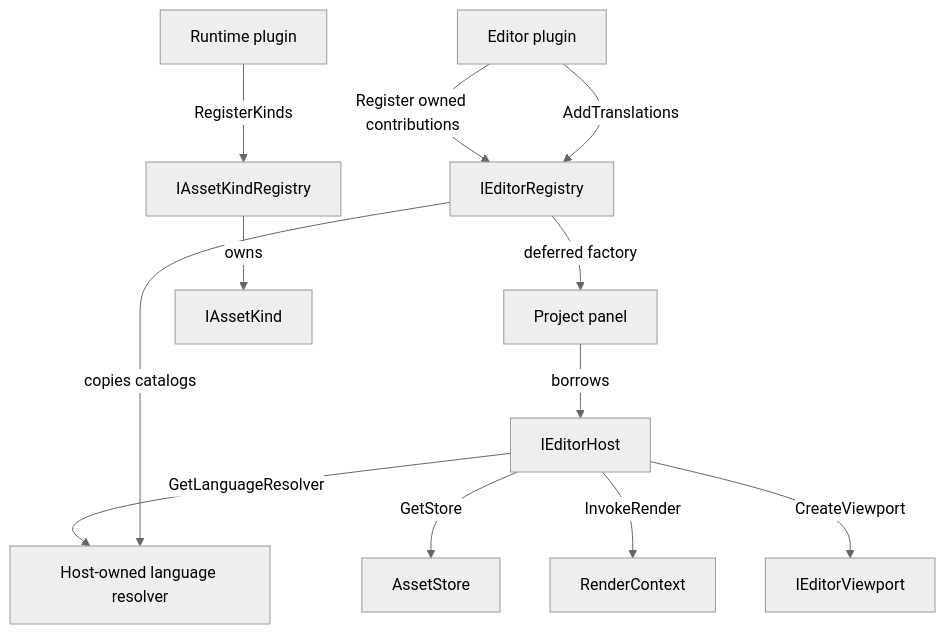
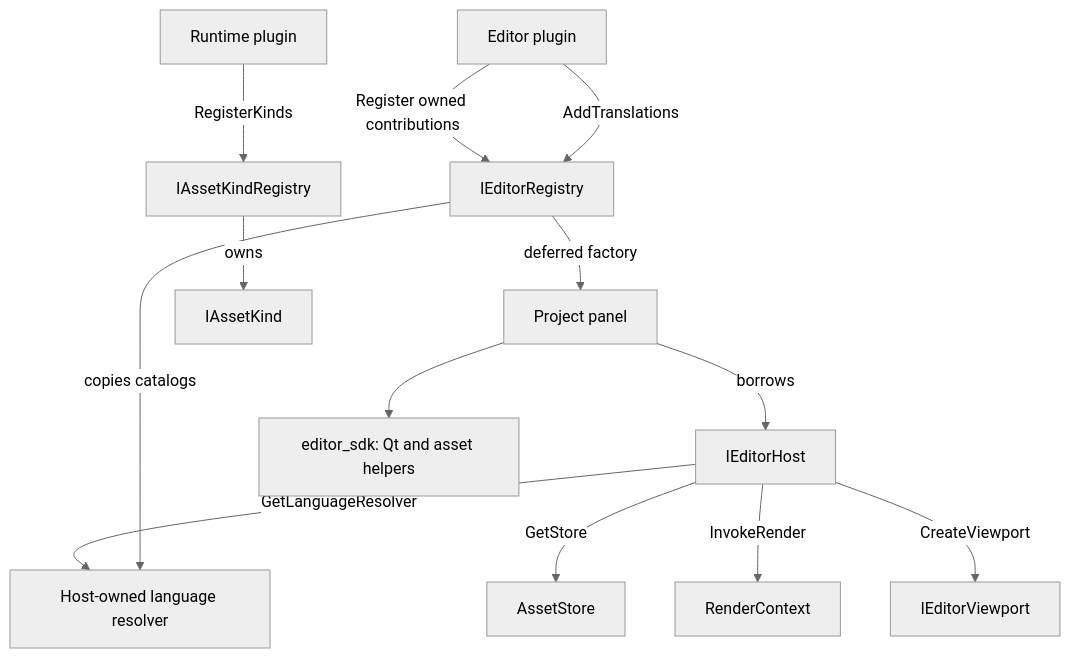
Before and after one commit to alexjiang200407/bernini: the diagram in docs/editor_plugins.md, drawn with Mermaid (neutral theme). The commit also changed other lines of this file and 65 other files, not shown here.

First line of the commit message:
refactor(editor): expose shared Qt helpers through the editor SDK (#823)

````diff
--- a/docs/editor_plugins.md
+++ b/docs/editor_plugins.md
@@ -85,14 +96,15 @@
 ```mermaid
 flowchart TD
     Runtime[Runtime plugin] -->|RegisterKinds| Kinds[IAssetKindRegistry]
     Editor[Editor plugin] -->|Register owned contributions| Registry[IEditorRegistry]
     Registry -->|deferred factory| Panel[Project panel]
     Panel -->|borrows| Host[IEditorHost]
+    Panel --> Support[editor_sdk: Qt and asset helpers]
     Host -->|GetLanguageResolver| Language[Host-owned language resolver]
     Editor -->|AddTranslations| Registry
     Registry -->|copies catalogs| Language
     Host -->|GetStore| Store[AssetStore]
     Host -->|InvokeRender| Render[RenderContext]
     Host -->|CreateViewport| Viewport[IEditorViewport]
     Kinds -->|owns| Kind[IAssetKind]
 ```
````
